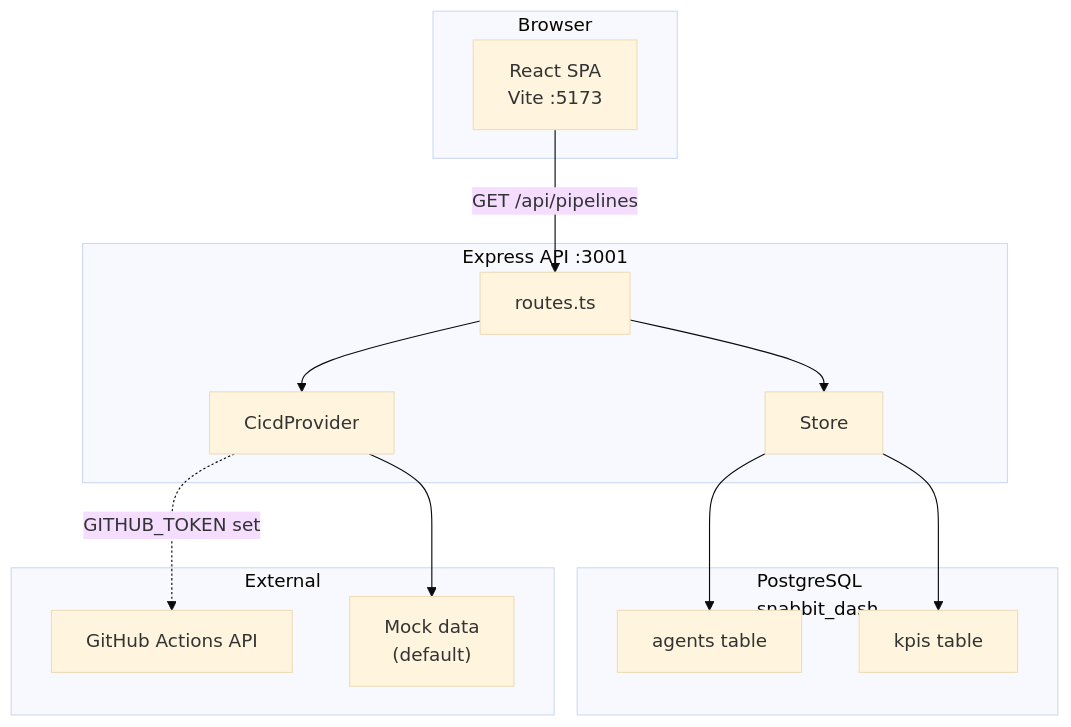
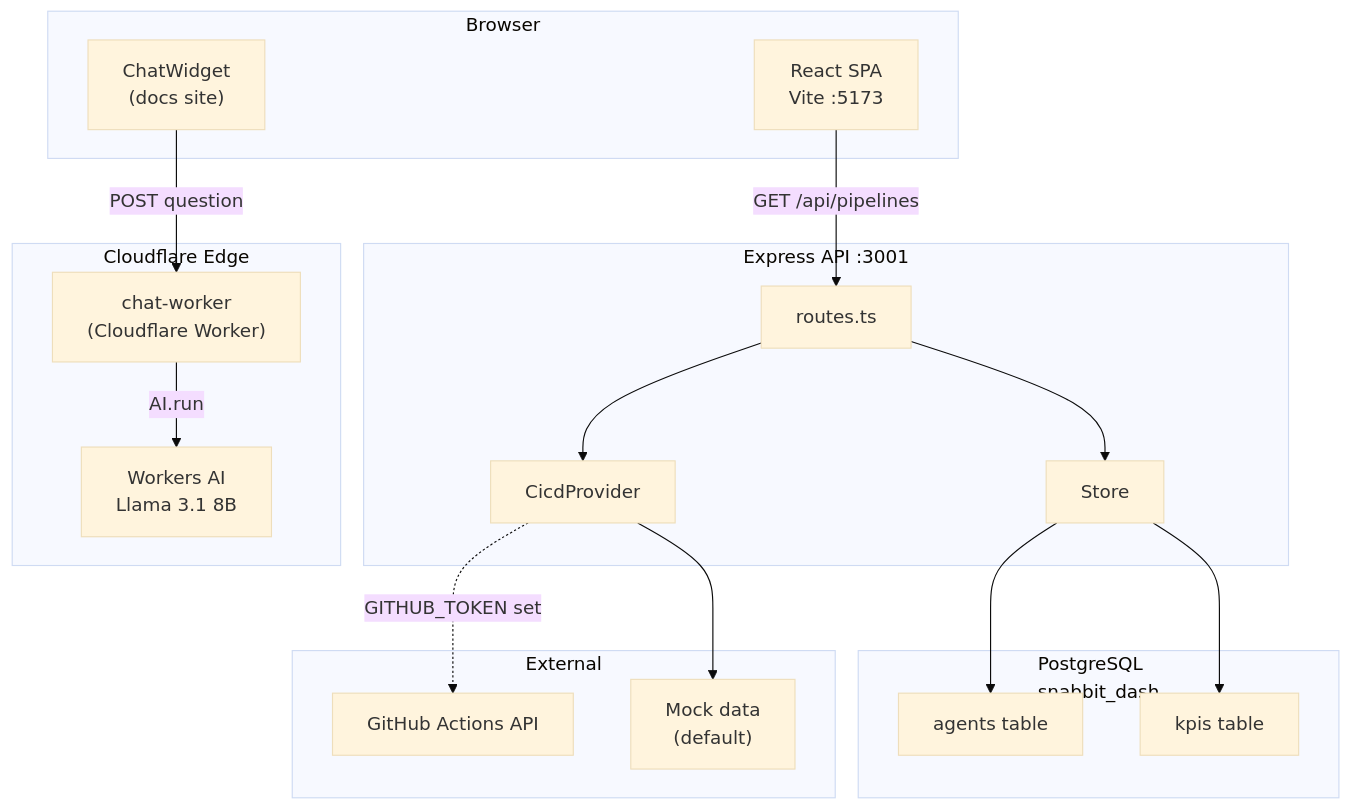
Before and after one commit to Gunashekharp/sdlc-sample-worflow: the diagram in docs-site/src/content/docs/index.md, drawn with Mermaid (base theme). The commit also changed other lines of this file and 6 other files, not shown here.

````diff
--- a/docs-site/src/content/docs/index.md
+++ b/docs-site/src/content/docs/index.md
@@ -28,27 +31,34 @@
 ```mermaid
 flowchart TD
   subgraph Browser
     SPA["React SPA\nVite :5173"]
+    ChatWidget["ChatWidget\n(docs site)"]
   end
   subgraph API["Express API :3001"]
     Routes["routes.ts"]
     Store["Store"]
     Cicd["CicdProvider"]
   end
   subgraph DB["PostgreSQL\nsnabbit_dash"]
     agents["agents table"]
     kpis["kpis table"]
   end
   subgraph External
     GH["GitHub Actions API"]
     Mock["Mock data\n(default)"]
   end
+  subgraph Cloudflare["Cloudflare Edge"]
+    Worker["chat-worker\n(Cloudflare Worker)"]
+    AI["Workers AI\nLlama 3.1 8B"]
+  end
 
   SPA -->|"GET /api/pipelines"| Routes
   Routes --> Store
   Routes --> Cicd
   Store --> agents
   Store --> kpis
   Cicd --> Mock
   Cicd -.->|"GITHUB_TOKEN set"| GH
+  ChatWidget -->|"POST question"| Worker
+  Worker -->|"AI.run"| AI
 ```
````
